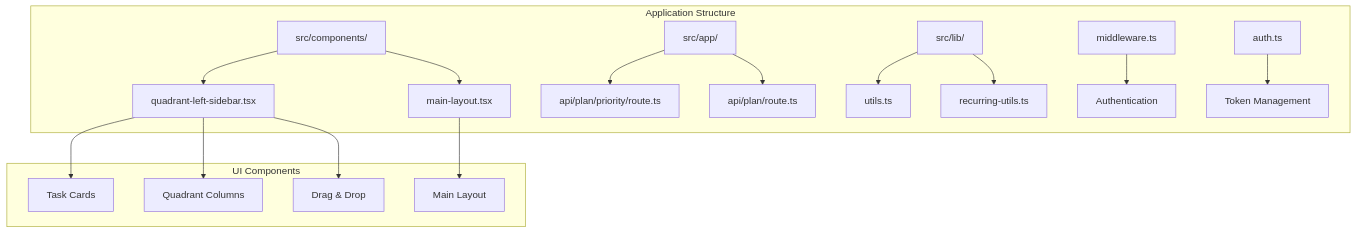
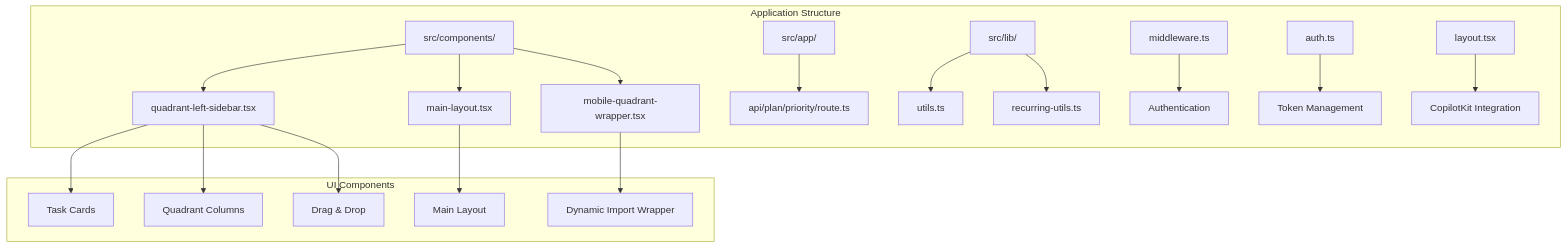
The first of 11 diagrams in .qoder/repowiki/en/content/Quadrant Left Sidebar.md (peixuanhu/goal-mate), drawn with Mermaid before and after one commit. The commit also changed other lines of this file and 14 other files, not shown here.

First line of the commit message:
feat(layout): enhance main layout with mobile drawer and responsive quadrants

````diff
--- a/.qoder/repowiki/en/content/Quadrant Left Sidebar.md
+++ b/.qoder/repowiki/en/content/Quadrant Left Sidebar.md
@@ -45,19 +50,21 @@
 ```mermaid
 graph TB
 subgraph "Application Structure"
 A[src/components/] --> B[quadrant-left-sidebar.tsx]
 A --> C[main-layout.tsx]
-D[src/app/] --> E[api/plan/priority/route.ts]
-D --> F[api/plan/route.ts]
+A --> D[mobile-quadrant-wrapper.tsx]
+E[src/app/] --> F[api/plan/priority/route.ts]
 G[src/lib/] --> H[utils.ts]
 G --> I[recurring-utils.ts]
 J[middleware.ts] --> K[Authentication]
 L[auth.ts] --> M[Token Management]
+N[layout.tsx] --> O[CopilotKit Integration]
 end
 subgraph "UI Components"
-B --> N[Task Cards]
-B --> O[Quadrant Columns]
-B --> P[Drag & Drop]
-C --> Q[Main Layout]
+B --> P[Task Cards]
+B --> Q[Quadrant Columns]
+B --> R[Drag & Drop]
+C --> S[Main Layout]
+D --> T[Dynamic Import Wrapper]
 end
 ```
````
